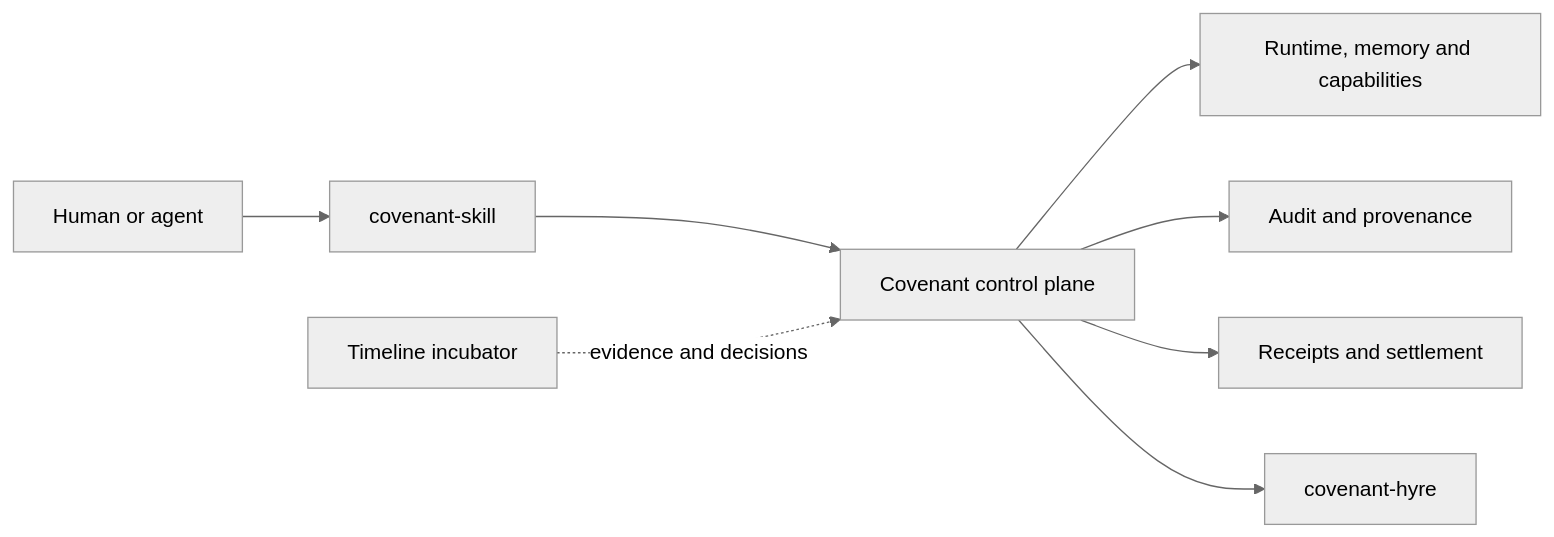
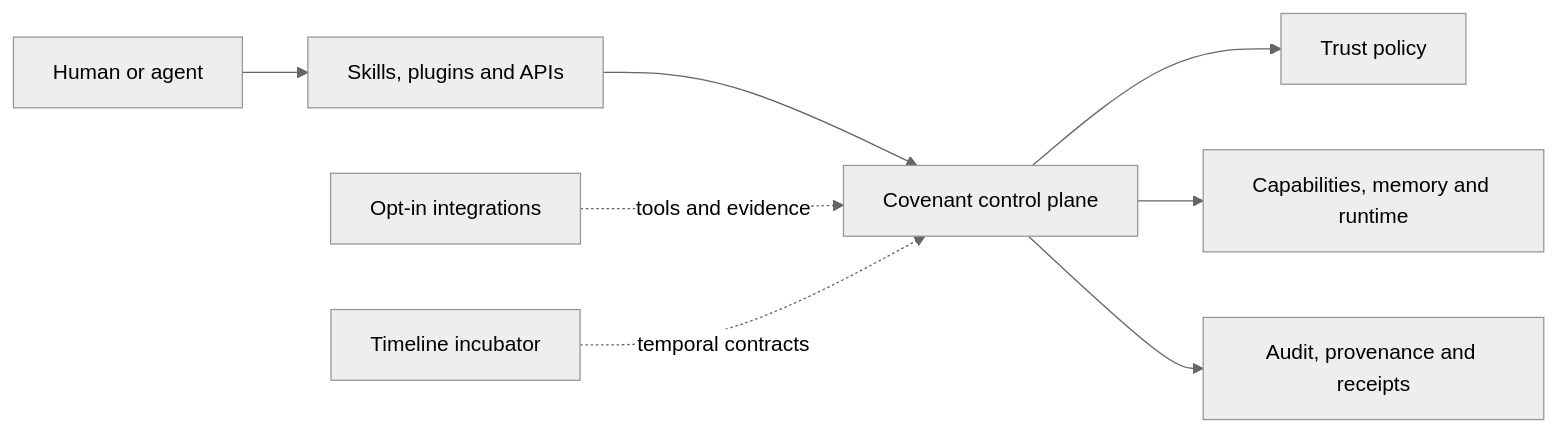
The diagram in profile/README.md (open-covenant/.github), drawn with Mermaid (neutral theme) before and after one commit. The commit also changed other lines of this file and 1 other file, not shown here.

Commit message:
use covenant header and clarify integrations

````diff
--- a/profile/README.md
+++ b/profile/README.md
@@ -30,10 +31,10 @@
 ```mermaid
 flowchart LR
-    operator["Human or agent"] --> skill["covenant-skill"]
-    skill --> core["Covenant control plane"]
-    timeline["Timeline incubator"] -. evidence and decisions .-> core
-    core --> runtime["Runtime, memory and capabilities"]
-    core --> evidence["Audit and provenance"]
-    core --> settlement["Receipts and settlement"]
-    core --> hyre["covenant-hyre"]
+    operator["Human or agent"] --> entry["Skills, plugins and APIs"]
+    entry --> core["Covenant control plane"]
+    core --> trust["Trust policy"]
+    core --> runtime["Capabilities, memory and runtime"]
+    core --> evidence["Audit, provenance and receipts"]
+    integrations["Opt-in integrations"] -. tools and evidence .-> core
+    timeline["Timeline incubator"] -. temporal contracts .-> core
 ```
````
